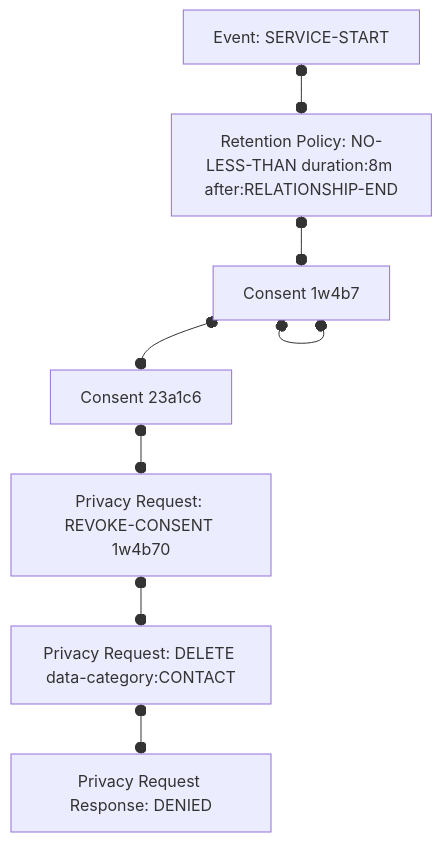
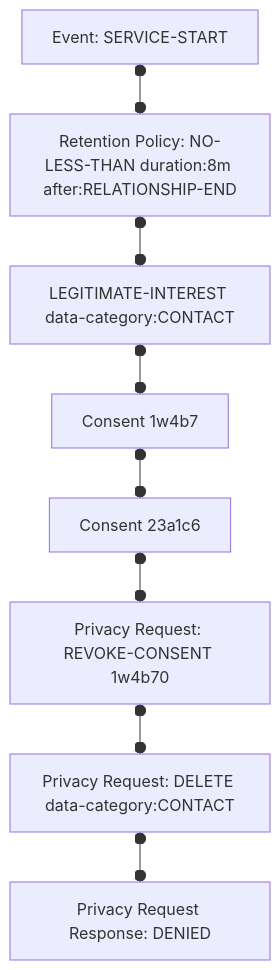
Before and after one commit to blindnet-io/product-management: the diagram in refs/schemas/priv/expected-behavior.md, drawn with Mermaid.

Commit message:
diagram fix

````diff
--- a/refs/schemas/priv/expected-behavior.md
+++ b/refs/schemas/priv/expected-behavior.md
@@ -49,5 +49,5 @@
 ```mermaid
 flowchart TD
-        A[Event: SERVICE-START] o--o B[Retention Policy: NO-LESS-THAN duration:8m after:RELATIONSHIP-END] o--o C[LEGITIMATE-INTEREST data-category:CONTACT] o--o C[Consent 1w4b7] o--o D[Consent 23a1c6] o--o E[Privacy Request: REVOKE-CONSENT 1w4b70] o--o F[Privacy Request: DELETE data-category:CONTACT] o--o G[Privacy Request Response: DENIED]
+        A[Event: SERVICE-START] o--o B[Retention Policy: NO-LESS-THAN duration:8m after:RELATIONSHIP-END] o--o C[LEGITIMATE-INTEREST data-category:CONTACT] o--o D[Consent 1w4b7] o--o E[Consent 23a1c6] o--o F[Privacy Request: REVOKE-CONSENT 1w4b70] o--o G[Privacy Request: DELETE data-category:CONTACT] o--o H[Privacy Request Response: DENIED]
 
 ```
````
